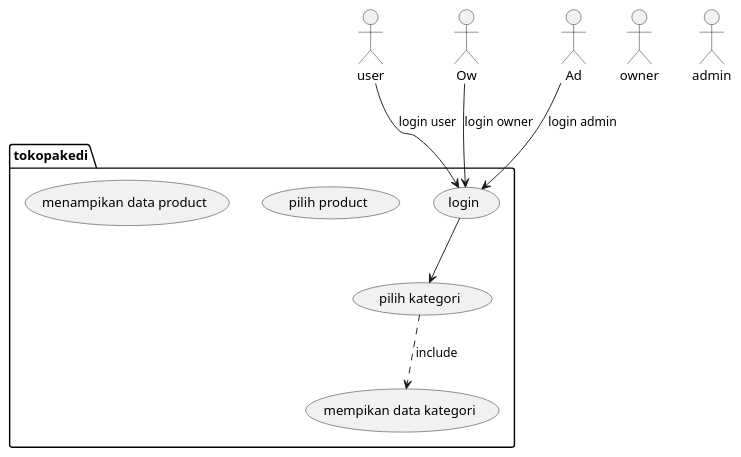
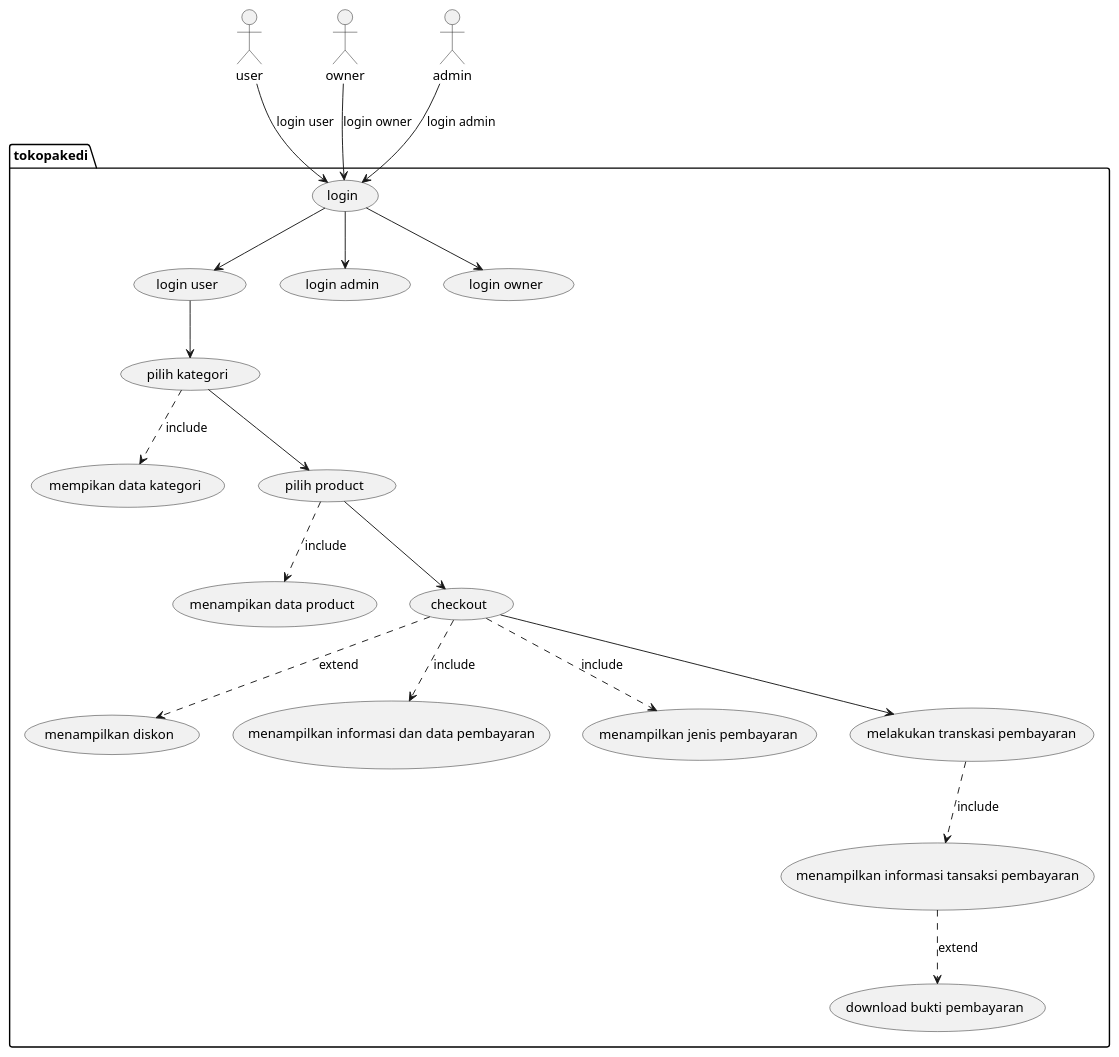
One commit to AL-JOESTAR/Puml-latihan-uts-daa changed the diagram in usecase.puml. Above: the diagram before and after it, drawn with PlantUML.

```diff
--- a/usecase.puml
+++ b/usecase.puml
@@ -1,22 +1,44 @@
 @startuml
 Actor user as us
 Actor owner as ow
-Actor admin as ad
+Actor admin as ad 
 
 Package tokopakedi {
 Usecase "login" as a1
+Usecase "login user" as a2
+Usecase "login admin" as a3
+Usecase "login owner" as a4 
 
 Usecase "pilih kategori" as u1
 Usecase "mempikan data kategori" as u2
 Usecase "pilih product" as u3
 Usecase "menampikan data product" as u4
-}
+Usecase "checkout" as u5
+Usecase "menampilkan diskon" as u6
+Usecase "menampilkan informasi dan data pembayaran" as u7
+Usecase "menampilkan jenis pembayaran" as u8
+Usecase "melakukan transkasi pembayaran" as u9
+Usecase "menampilkan informasi tansaksi pembayaran" as u10
+Usecase "download bukti pembayaran" as u11
+} 
 
 us --> a1:login user
-Ow --> a1:login owner
-Ad --> a1:login admin
+ow --> a1:login owner
+ad --> a1:login admin 
 
-a1 --> u1
+a1 --> a2
+a1 --> a3
+a1 --> a4 
+
+a2 --> u1
 u1 ..> u2:include
-
+u1 --> u3
+u3 ..> u4:include
+u3 --> u5
+u5 ..> u6:extend
+u5 ..> u7:include
+u5 ..> u8:include
+u5 --> u9
+u9 ..> u10:include
+u10 ..> u11:extend
 @enduml
```
